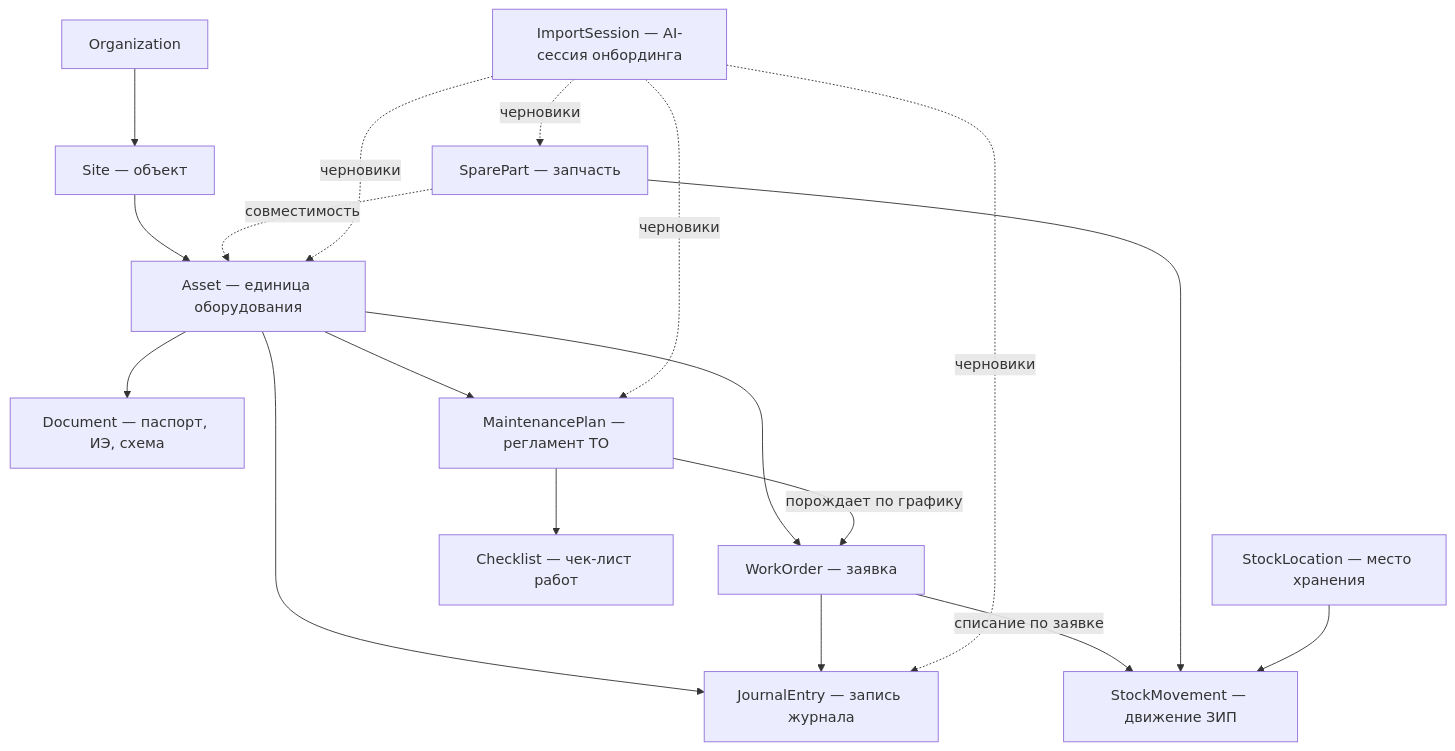
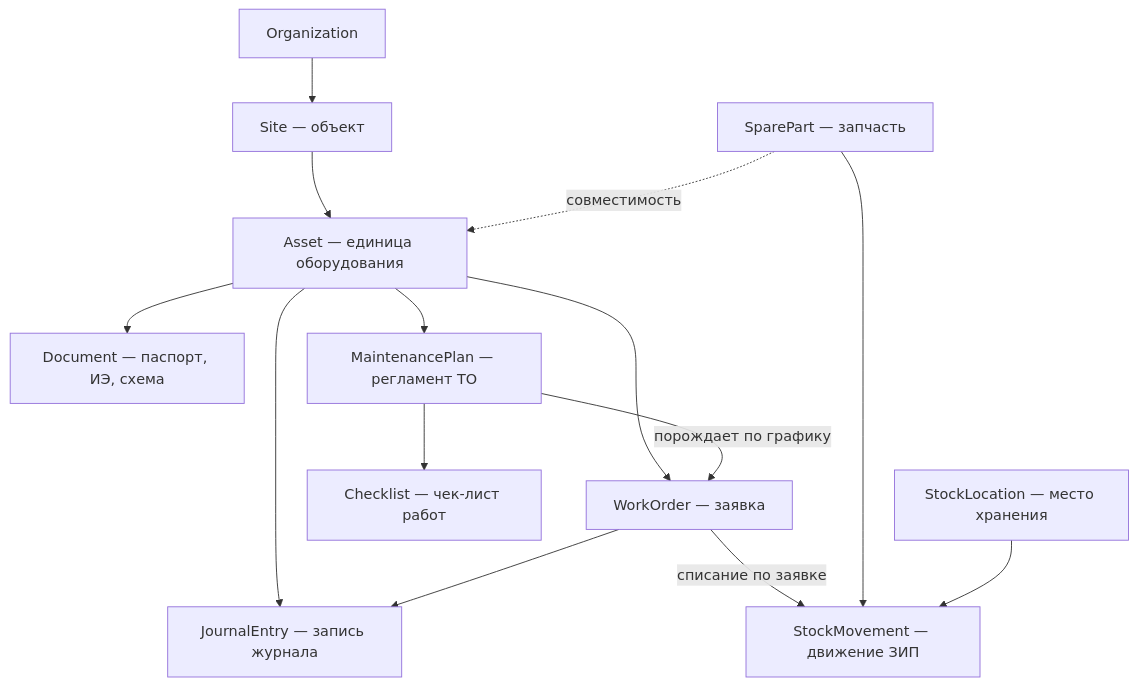
The first of 6 diagrams in TOIR_AI_SYSTEM_DESIGN.md (masterdoc-app/masterdoc), drawn with Mermaid before and after one commit. The commit also changed other lines of this file and 1 other file, not shown here.

Commit message:
Drop onboarding scope: remove ImportSession and first-day flow, restructure as core system design with 7 operational agents

````diff
--- a/TOIR_AI_SYSTEM_DESIGN.md
+++ b/TOIR_AI_SYSTEM_DESIGN.md
@@ -163,30 +108,25 @@
 ```mermaid
 flowchart TB
   Org[Organization]
   Site[Site — объект]
   Asset[Asset — единица оборудования]
   Doc[Document — паспорт, ИЭ, схема]
   WO[WorkOrder — заявка]
   JE[JournalEntry — запись журнала]
   MP[MaintenancePlan — регламент ТО]
   CL[Checklist — чек-лист работ]
-  IS[ImportSession — AI-сессия онбординга]
   SP[SparePart — запчасть]
   SL[StockLocation — место хранения]
   SM[StockMovement — движение ЗИП]
   Org --> Site --> Asset
   Asset --> Doc
   Asset --> WO
   Asset --> JE
   Asset --> MP --> CL
   MP -->|порождает по графику| WO
   WO --> JE
   WO -->|списание по заявке| SM
   SP --> SM
   SL --> SM
   SP -.совместимость.-> Asset
-  IS -.черновики.-> Asset
-  IS -.черновики.-> JE
-  IS -.черновики.-> MP
-  IS -.черновики.-> SP
 ```
````
